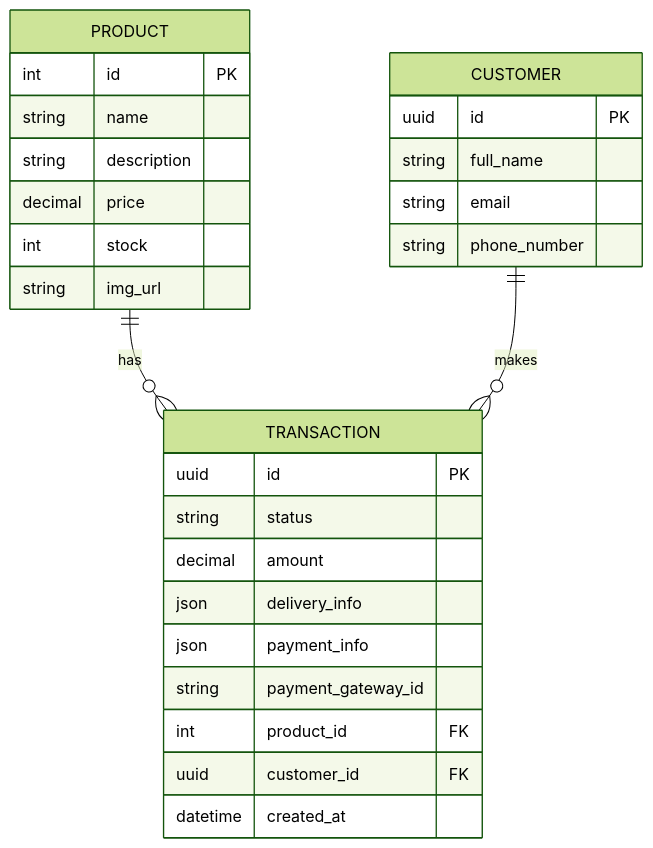
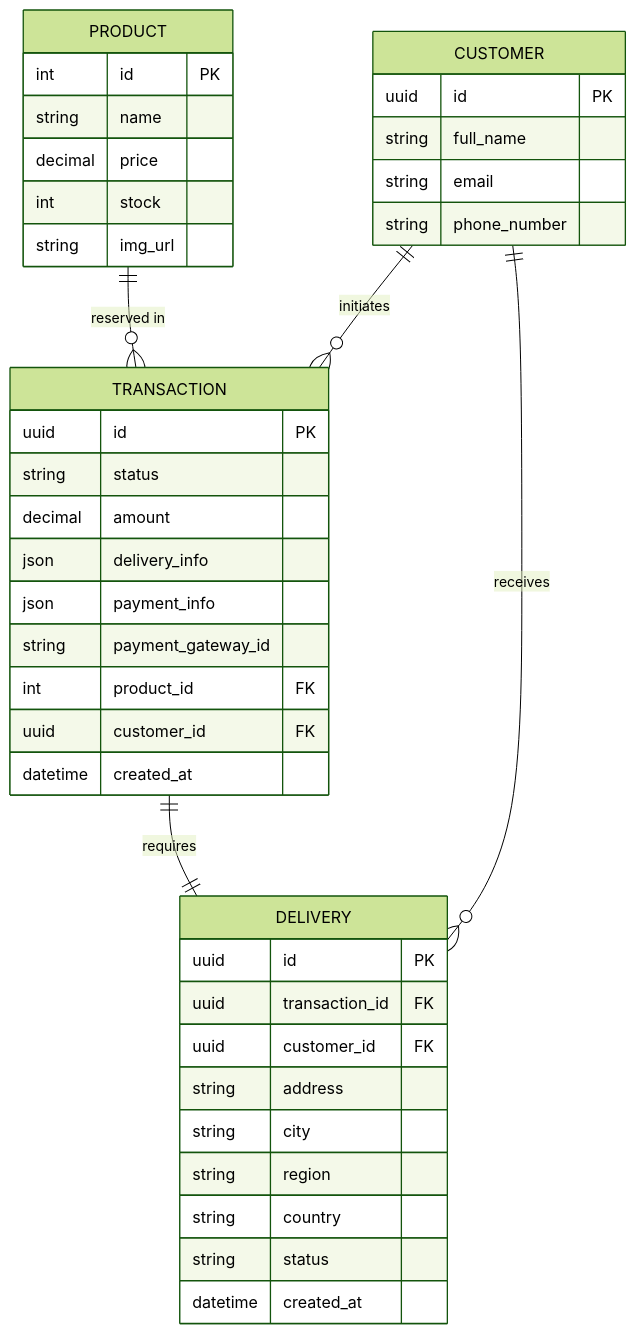
The diagram in backend/README.md (jguerrerom22/product-payment), drawn with Mermaid (forest theme) before and after one commit. The commit also changed other lines of this file and 14 other files, not shown here.

````diff
--- a/backend/README.md
+++ b/backend/README.md
@@ -99,33 +90,46 @@
 ```mermaid
 erDiagram
-    PRODUCT ||--o{ TRANSACTION : "has"
-    CUSTOMER ||--o{ TRANSACTION : "makes"
+    PRODUCT ||--o{ TRANSACTION : "reserved in"
+    CUSTOMER ||--o{ TRANSACTION : "initiates"
+    TRANSACTION ||--|| DELIVERY : "requires"
+    CUSTOMER ||--o{ DELIVERY : "receives"
     
     PRODUCT {
         int id PK
         string name
-        string description
         decimal price
         int stock
         string img_url
     }
     
     CUSTOMER {
         uuid id PK
         string full_name
         string email
         string phone_number
     }
     
     TRANSACTION {
         uuid id PK
         string status
         decimal amount
         json delivery_info
         json payment_info
         string payment_gateway_id
         int product_id FK
         uuid customer_id FK
         datetime created_at
     }
+
+    DELIVERY {
+        uuid id PK
+        uuid transaction_id FK
+        uuid customer_id FK
+        string address
+        string city
+        string region
+        string country
+        string status
+        datetime created_at
+    }
 ```
````
